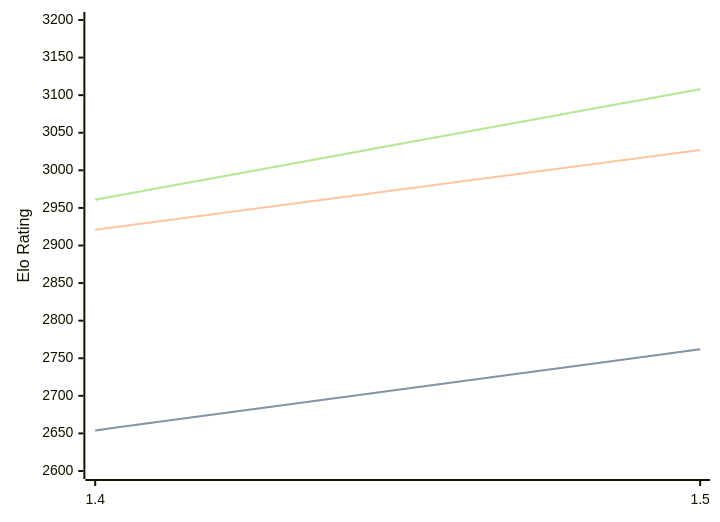
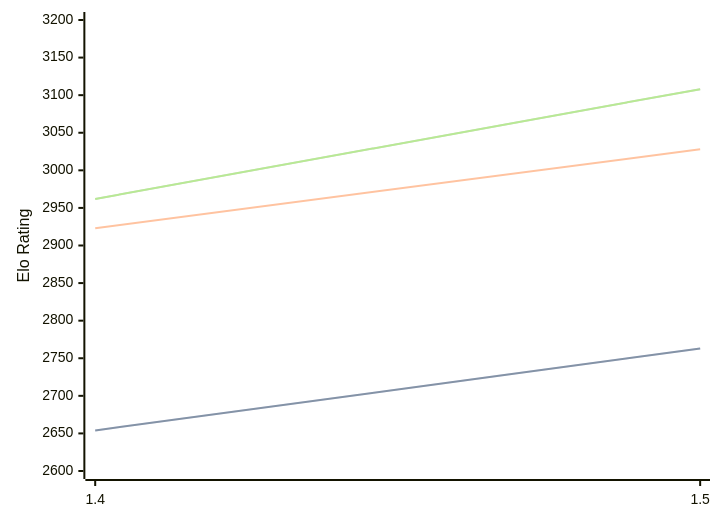
The diagram in engines/Yakka.md (computer-chess-index/cci), drawn with Mermaid before and after one commit. The commit also changed other lines of this file, not shown here.

Commit message:
Update CCI Ratings (ELO VLTC) - 2026-09-14

````diff
--- a/engines/Yakka.md
+++ b/engines/Yakka.md
@@ -32,11 +32,11 @@
 ```mermaid
 %%{init: {"theme":"base","themeVariables":{"seriesColors:['#a3a3a3','#222221','#faa371']}}}%%
 xychart-beta
   x-axis ["1.4", "1.5"]
   y-axis "Elo Rating" 2600 --> 3200
-  line "" [2654, 2762]
-  line "STC (8.0+0.08s)" [2654, 2762]
-  line "LTC (60.0+0.60s)" [2921, 3027]
-  line "" [2961, 3108]
-  line "VLTC (2m24s+1.12s)" [2961, 3108]
+  line "" [2654, 2763]
+  line "STC (8.0+0.08s)" [2654, 2763]
+  line "LTC (60.0+0.60s)" [2923, 3028]
+  line "" [2962, 3108]
+  line "VLTC (2m24s+1.12s)" [2962, 3108]
 ```
````
